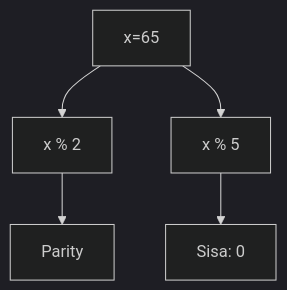
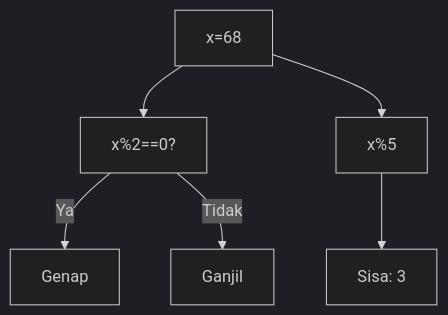
Diagram 17 of 25 in part-c-pemahaman-cpp/02-percabangan/latihan/set-02.md (amnahwaida/OSNK_INF_PREP), drawn with Mermaid (dark theme) before and after one commit. The commit also changed other lines of this file and 71 other files, not shown here.

Commit message:
Fixed Mermaid syntax lexical errors with quoted labels in 1,800 questions

````diff
--- a/part-c-pemahaman-cpp/02-percabangan/latihan/set-02.md
+++ b/part-c-pemahaman-cpp/02-percabangan/latihan/set-02.md
@@ -507,7 +515,8 @@
 ```mermaid
 graph TD
-A[x=65] --> B[x % 2]
-B --> C[Parity]
-A --> D[x % 5]
-D --> E[Sisa: 0]
+A["x=68"] --> B["x%2==0?"]
+B -- Ya --> C["Genap"]
+B -- Tidak --> D["Ganjil"]
+A --> E["x%5"]
+E --> F["Sisa: 3"]
 ```
````
